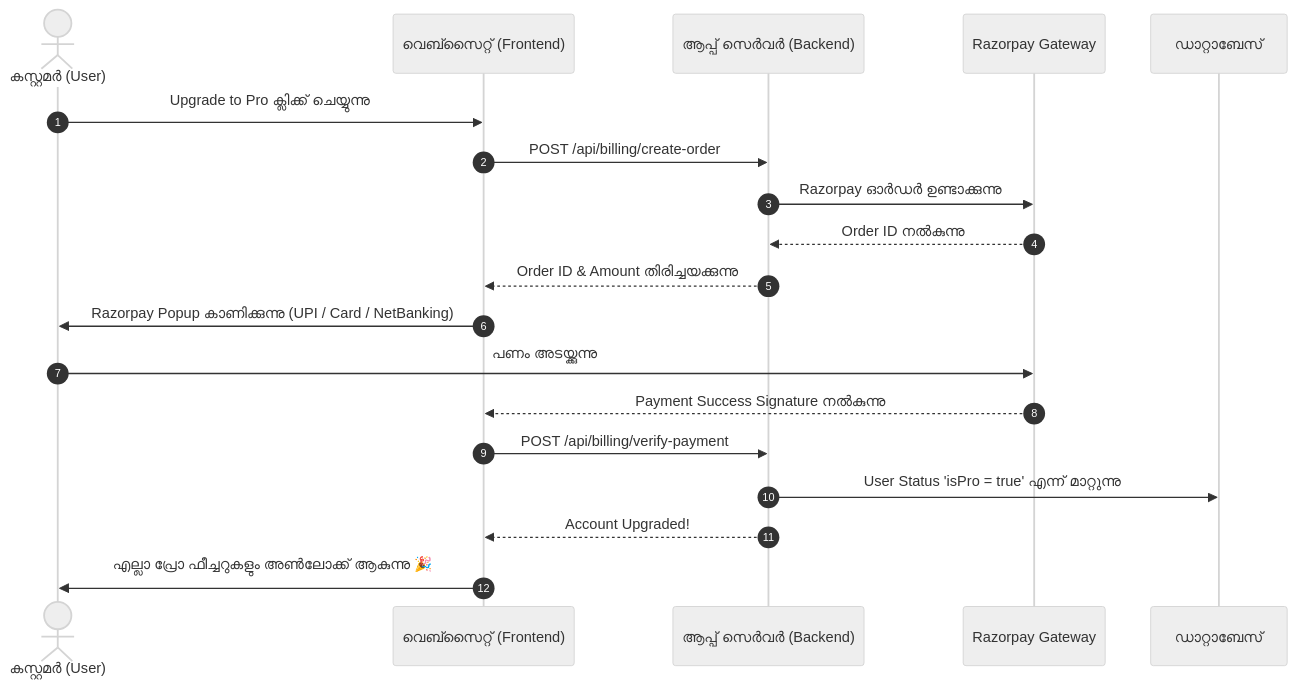
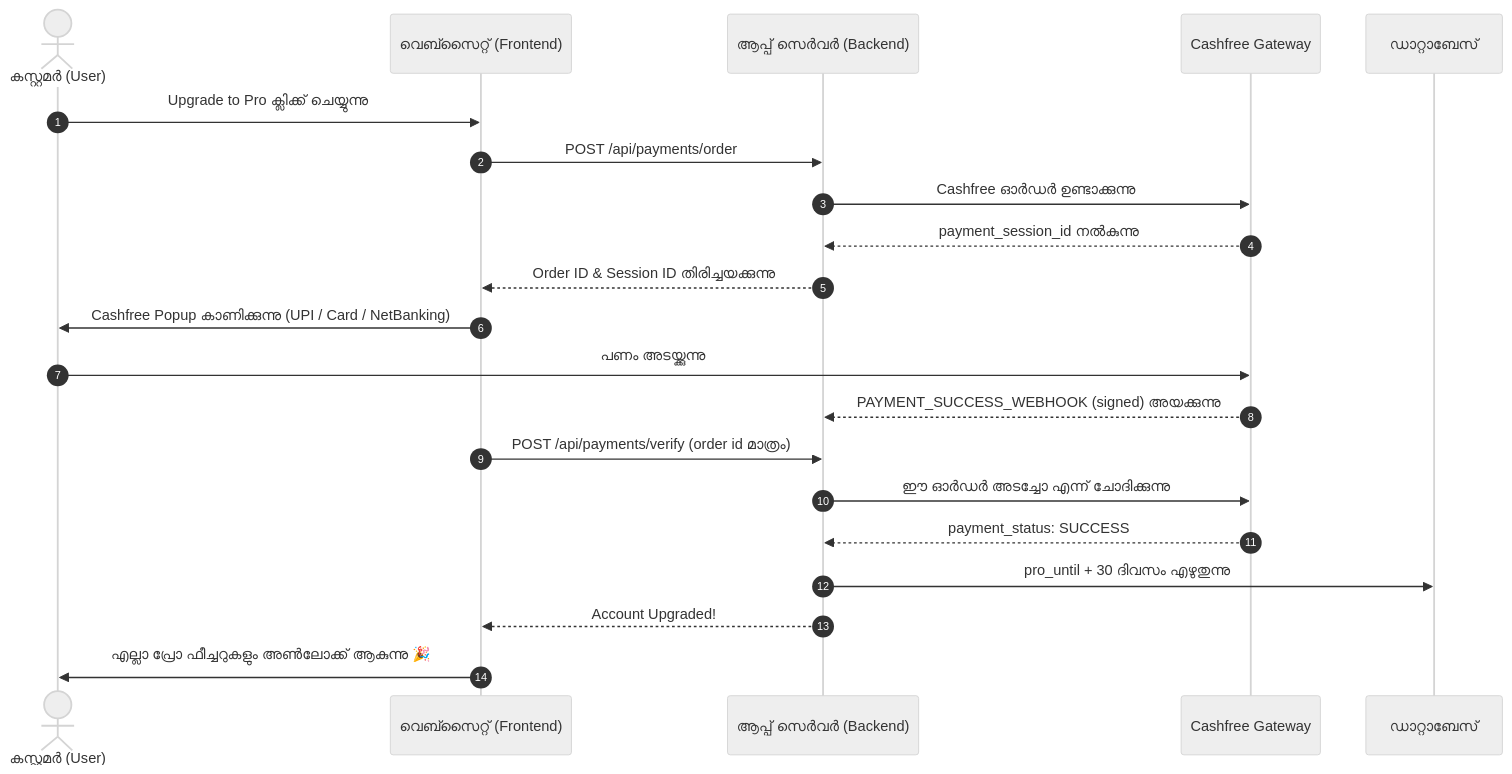
The seventh of 8 diagrams in AxyFx_JournalPro_Complete_Workflow_Guide.md (an0n7os/Fx-journal-pro), drawn with Mermaid (neutral theme) before and after one commit. The commit also changed other lines of this file and 17 other files, not shown here.

First line of the commit message:
feat(billing): move Pro checkout from Razorpay to Cashfree

````diff
--- a/AxyFx_JournalPro_Complete_Workflow_Guide.md
+++ b/AxyFx_JournalPro_Complete_Workflow_Guide.md
@@ -174,22 +174,24 @@
 ```mermaid
 sequenceDiagram
     autonumber
     actor User as കസ്റ്റമർ (User)
     participant UI as വെബ്സൈറ്റ് (Frontend)
     participant Server as ആപ്പ് സെർവർ (Backend)
-    participant RP as Razorpay Gateway
+    participant CF as Cashfree Gateway
     participant DB as ഡാറ്റാബേസ്
 
     User->>UI: Upgrade to Pro ക്ലിക്ക് ചെയ്യുന്നു
-    UI->>Server: POST /api/billing/create-order
-    Server->>RP: Razorpay ഓർഡർ ഉണ്ടാക്കുന്നു
-    RP-->>Server: Order ID നൽകുന്നു
-    Server-->>UI: Order ID & Amount തിരിച്ചയക്കുന്നു
-    UI->>User: Razorpay Popup കാണിക്കുന്നു (UPI / Card / NetBanking)
-    User->>RP: പണം അടയ്ക്കുന്നു
-    RP-->>UI: Payment Success Signature നൽകുന്നു
-    UI->>Server: POST /api/billing/verify-payment
-    Server->>DB: User Status 'isPro = true' എന്ന് മാറ്റുന്നു
+    UI->>Server: POST /api/payments/order
+    Server->>CF: Cashfree ഓർഡർ ഉണ്ടാക്കുന്നു
+    CF-->>Server: payment_session_id നൽകുന്നു
+    Server-->>UI: Order ID & Session ID തിരിച്ചയക്കുന്നു
+    UI->>User: Cashfree Popup കാണിക്കുന്നു (UPI / Card / NetBanking)
+    User->>CF: പണം അടയ്ക്കുന്നു
+    CF-->>Server: PAYMENT_SUCCESS_WEBHOOK (signed) അയക്കുന്നു
+    UI->>Server: POST /api/payments/verify (order id മാത്രം)
+    Server->>CF: ഈ ഓർഡർ അടച്ചോ എന്ന് ചോദിക്കുന്നു
+    CF-->>Server: payment_status: SUCCESS
+    Server->>DB: pro_until + 30 ദിവസം എഴുതുന്നു
     Server-->>UI: Account Upgraded!
     UI->>User: എല്ലാ പ്രോ ഫീച്ചറുകളും അൺലോക്ക് ആകുന്നു 🎉
 ```
````
